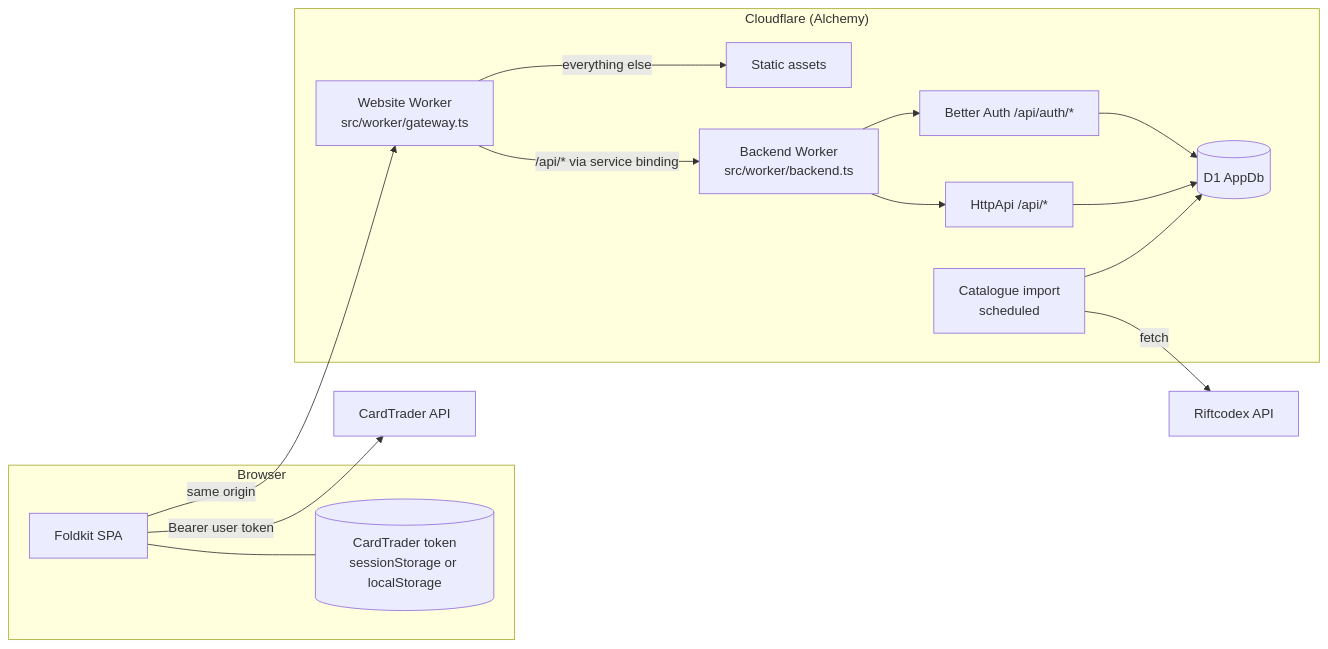
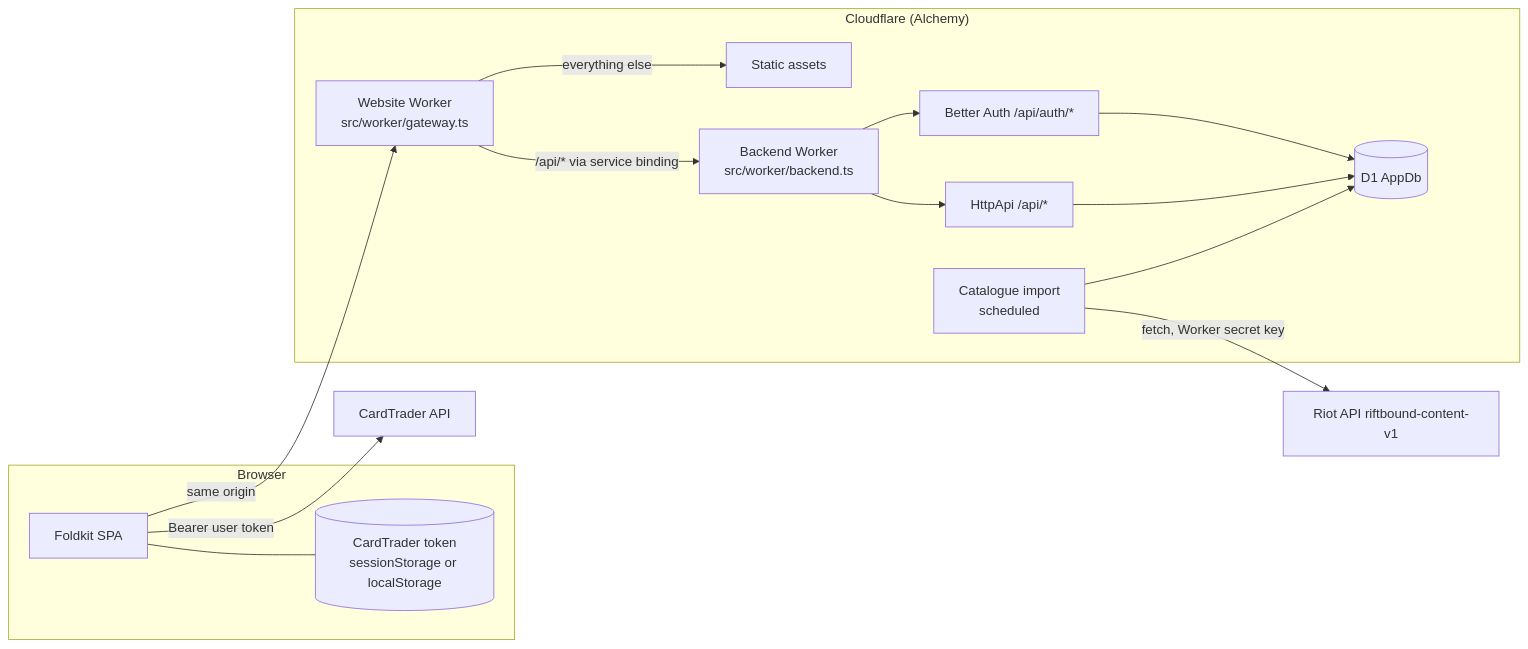
Before and after one commit to NichAnti/runebinder: the diagram in docs/02-system-design.md, drawn with Mermaid. The commit also changed other lines of this file and 3 other files, not shown here.

Commit message:
Use Riot's official API as the only card source

````diff
--- a/docs/02-system-design.md
+++ b/docs/02-system-design.md
@@ -3,32 +3,32 @@
 ```mermaid
 flowchart LR
   subgraph Browser
     SPA[Foldkit SPA]
     Token[(CardTrader token<br>sessionStorage or localStorage)]
   end
 
   subgraph Cloudflare["Cloudflare (Alchemy)"]
     Gateway[Website Worker<br>src/worker/gateway.ts]
     Assets[Static assets]
     Backend[Backend Worker<br>src/worker/backend.ts]
     Auth[Better Auth /api/auth/*]
     Api[HttpApi /api/*]
     Import[Catalogue import<br>scheduled]
     DB[(D1 AppDb)]
   end
 
-  Riftcodex[Riftcodex API]
+  Riot[Riot API riftbound-content-v1]
   CardTrader[CardTrader API]
 
   SPA -->|same origin| Gateway
   Gateway -->|everything else| Assets
   Gateway -->|/api/* via service binding| Backend
   Backend --> Auth
   Backend --> Api
   Auth --> DB
   Api --> DB
-  Import -->|fetch| Riftcodex
+  Import -->|fetch, Worker secret key| Riot
   Import --> DB
   SPA -->|Bearer user token| CardTrader
   SPA --- Token
 ```
````
